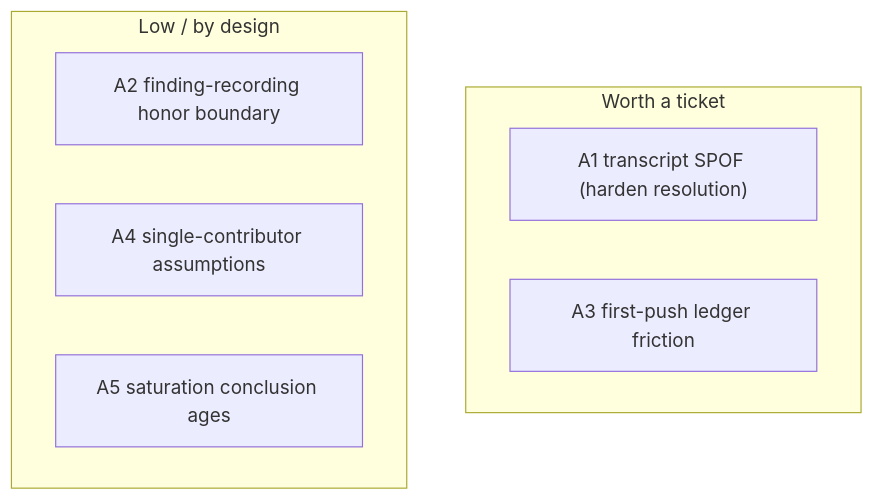
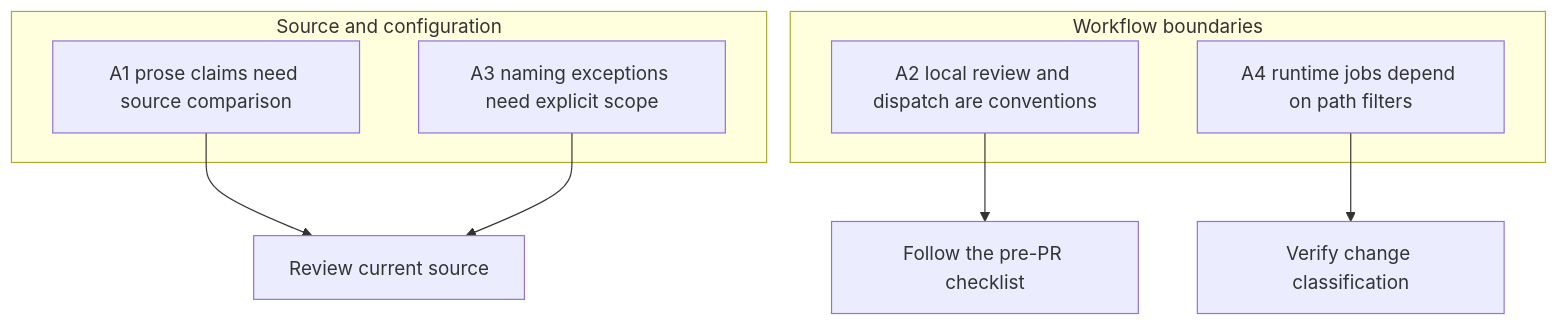
One commit to erikunha/portfolio changed the diagram in docs/handbook/engineering-audit.md. Above: the diagram before and after it, drawn with Mermaid. The commit also changed other lines of this file and 1307 other files, not shown here.

````diff
--- a/docs/handbook/engineering-audit.md
+++ b/docs/handbook/engineering-audit.md
@@ -47,12 +36,15 @@
 ```mermaid
 flowchart TD
-    subgraph med["Worth a ticket"]
-        a1["A1 transcript SPOF (harden resolution)"]
-        a3["A3 first-push ledger friction"]
+    subgraph source["Source and configuration"]
+        a1["A1 prose claims need source comparison"]
+        a3["A3 naming exceptions need explicit scope"]
     end
-    subgraph low["Low / by design"]
-        a2["A2 finding-recording honor boundary"]
-        a4["A4 single-contributor assumptions"]
-        a5["A5 saturation conclusion ages"]
+    subgraph workflow["Workflow boundaries"]
+        a2["A2 local review and dispatch are conventions"]
+        a4["A4 runtime jobs depend on path filters"]
     end
+    a1 --> review["Review current source"]
+    a3 --> review
+    a2 --> checklist["Follow the pre-PR checklist"]
+    a4 --> filters["Verify change classification"]
 ```
````
